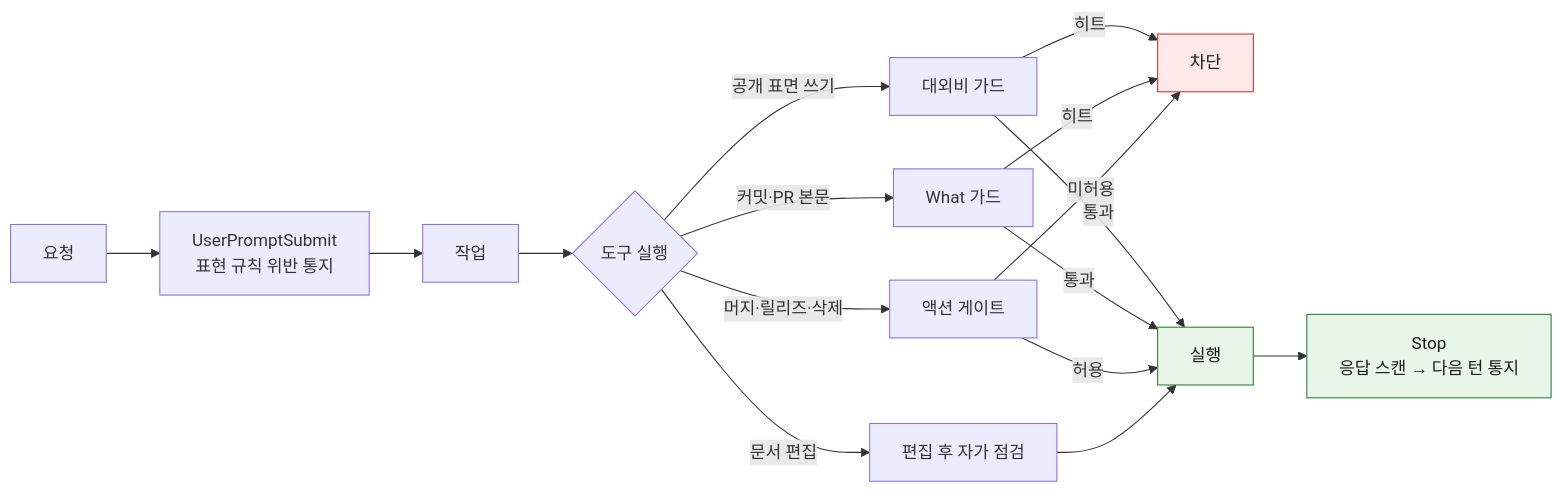
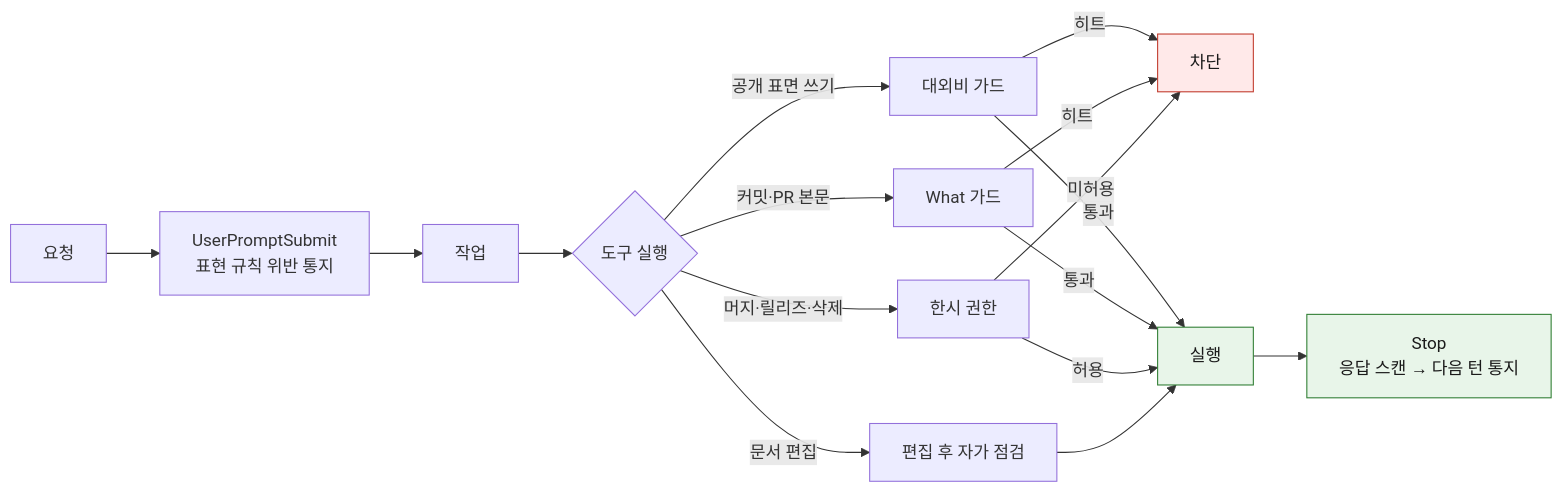
One commit to idean3885/claude-devex changed the diagram in docs/usage.md. Above: the diagram before and after it, drawn with Mermaid. The commit also changed other lines of this file and 15 other files, not shown here.

````diff
--- a/docs/usage.md
+++ b/docs/usage.md
@@ -52,23 +52,23 @@
 ```mermaid
 flowchart LR
   U["요청"] --> P["UserPromptSubmit<br/>표현 규칙 위반 통지"]
   P --> W["작업"]
   W --> T{"도구 실행"}
   T -->|"공개 표면 쓰기"| C["대외비 가드"]
   T -->|"커밋·PR 본문"| H["What 가드"]
-  T -->|"머지·릴리즈·삭제"| A["액션 게이트"]
+  T -->|"머지·릴리즈·삭제"| A["한시 권한"]
   T -->|"문서 편집"| E["편집 후 자가 점검"]
   C -->|히트| X["차단"]
   H -->|히트| X
   A -->|미허용| X
   C -->|통과| OK["실행"]
   H -->|통과| OK
   A -->|허용| OK
   E --> OK
   OK --> S["Stop<br/>응답 스캔 → 다음 턴 통지"]
 
   classDef block fill:#ffe9e9,stroke:#c0392b,color:#1a1a1a
   classDef pass fill:#e8f5e9,stroke:#2e7d32,color:#1a1a1a
   class X block
   class OK,S pass
 ```
````
